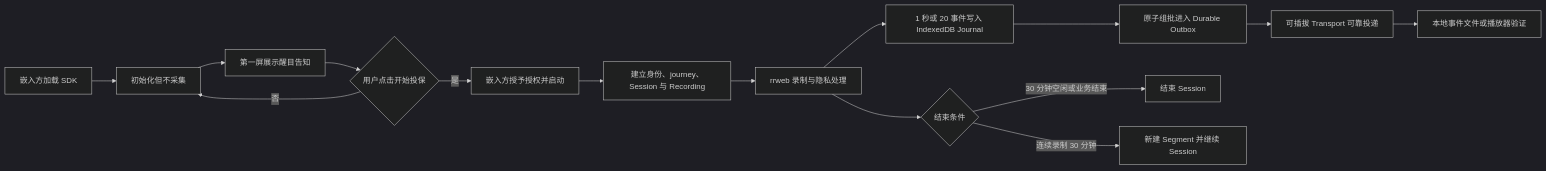
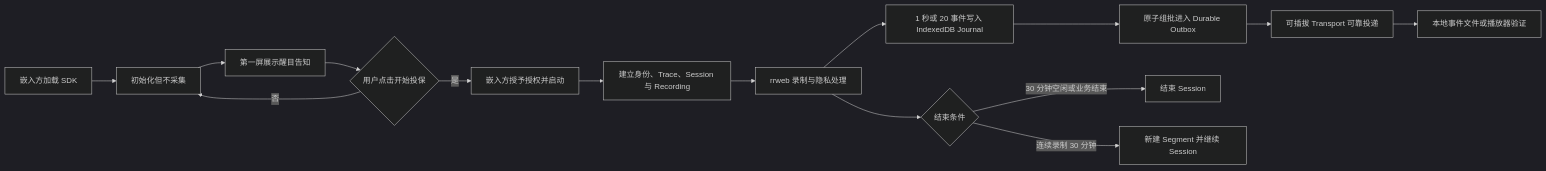
One commit to fastdonkey/rrweb changed the diagram in openspec/changes/di-1001/proposal.md. Above: the diagram before and after it, drawn with Mermaid (dark theme). The commit also changed other lines of this file and 54 other files, not shown here.

````diff
--- a/openspec/changes/di-1001/proposal.md
+++ b/openspec/changes/di-1001/proposal.md
@@ -66,17 +66,17 @@
 ```mermaid
 flowchart LR
     A[嵌入方加载 SDK] --> B[初始化但不采集]
     B --> C[第一屏展示醒目告知]
     C --> D{用户点击开始投保}
     D -- 否 --> B
     D -- 是 --> E[嵌入方授予授权并启动]
-    E --> F[建立身份、journey、Session 与 Recording]
+    E --> F[建立身份、Trace、Session 与 Recording]
     F --> G[rrweb 录制与隐私处理]
     G --> H[1 秒或 20 事件写入 IndexedDB Journal]
     H --> I[原子组批进入 Durable Outbox]
     I --> N[可插拔 Transport 可靠投递]
     N --> M[本地事件文件或播放器验证]
     G --> J{结束条件}
     J -- 30 分钟空闲或业务结束 --> K[结束 Session]
     J -- 连续录制 30 分钟 --> L[新建 Segment 并继续 Session]
 ```
````
